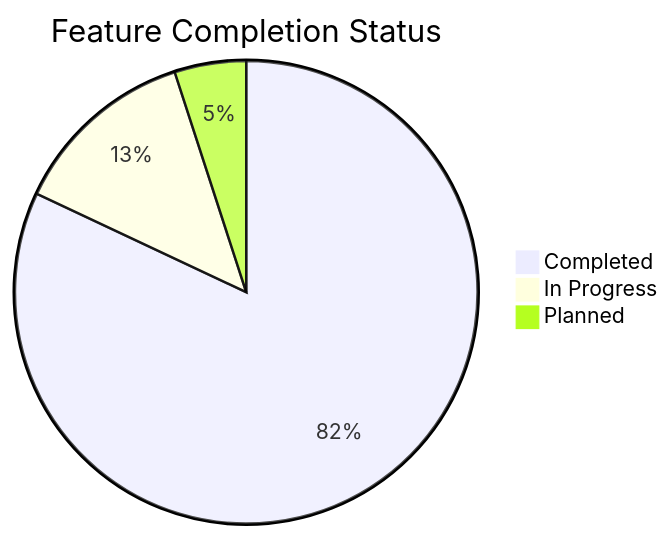
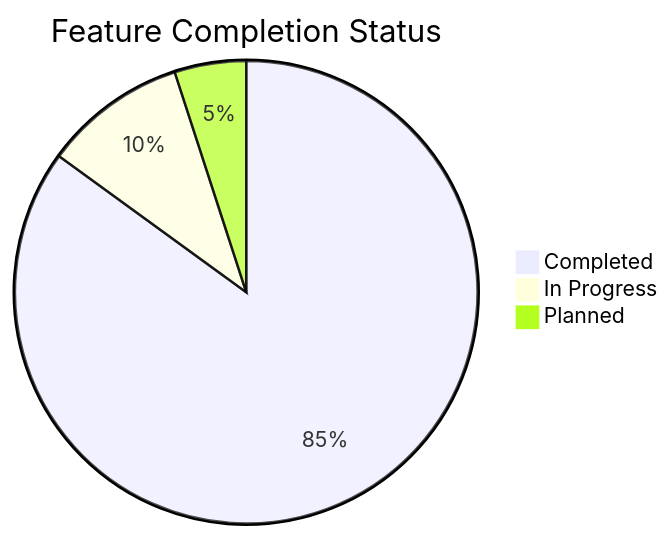
One commit to mrj0nesmtl/cloud-burst changed the second of 2 diagrams in docs/planning/roadmap.md. Above: the diagram before and after it, drawn with Mermaid. The commit also changed other lines of this file and 1 other file, not shown here.

````diff
--- a/docs/planning/roadmap.md
+++ b/docs/planning/roadmap.md
@@ -440,6 +403,6 @@
 ```mermaid
 pie title Feature Completion Status
-    "Completed" : 82
-    "In Progress" : 13
+    "Completed" : 85
+    "In Progress" : 10
     "Planned" : 5
 ```
````
